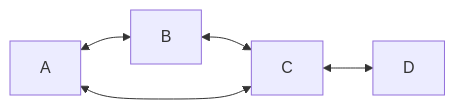
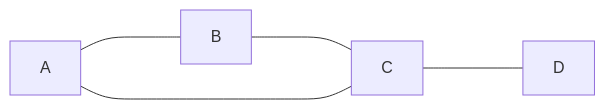
Before and after one commit to luc-gh/TCC: the second of 5 diagrams in logica/teoria_dos_grafos.md, drawn with Mermaid. The commit also changed other lines of this file, not shown here.

````diff
--- a/logica/teoria_dos_grafos.md
+++ b/logica/teoria_dos_grafos.md
@@ -48,7 +72,7 @@
 ```mermaid
 graph LR
-  A<-->B
-  B<-->C
-  C<-->A
-  C<-->D
+  A----B
+  B----C
+  C----A
+  C----D
 ```
````
